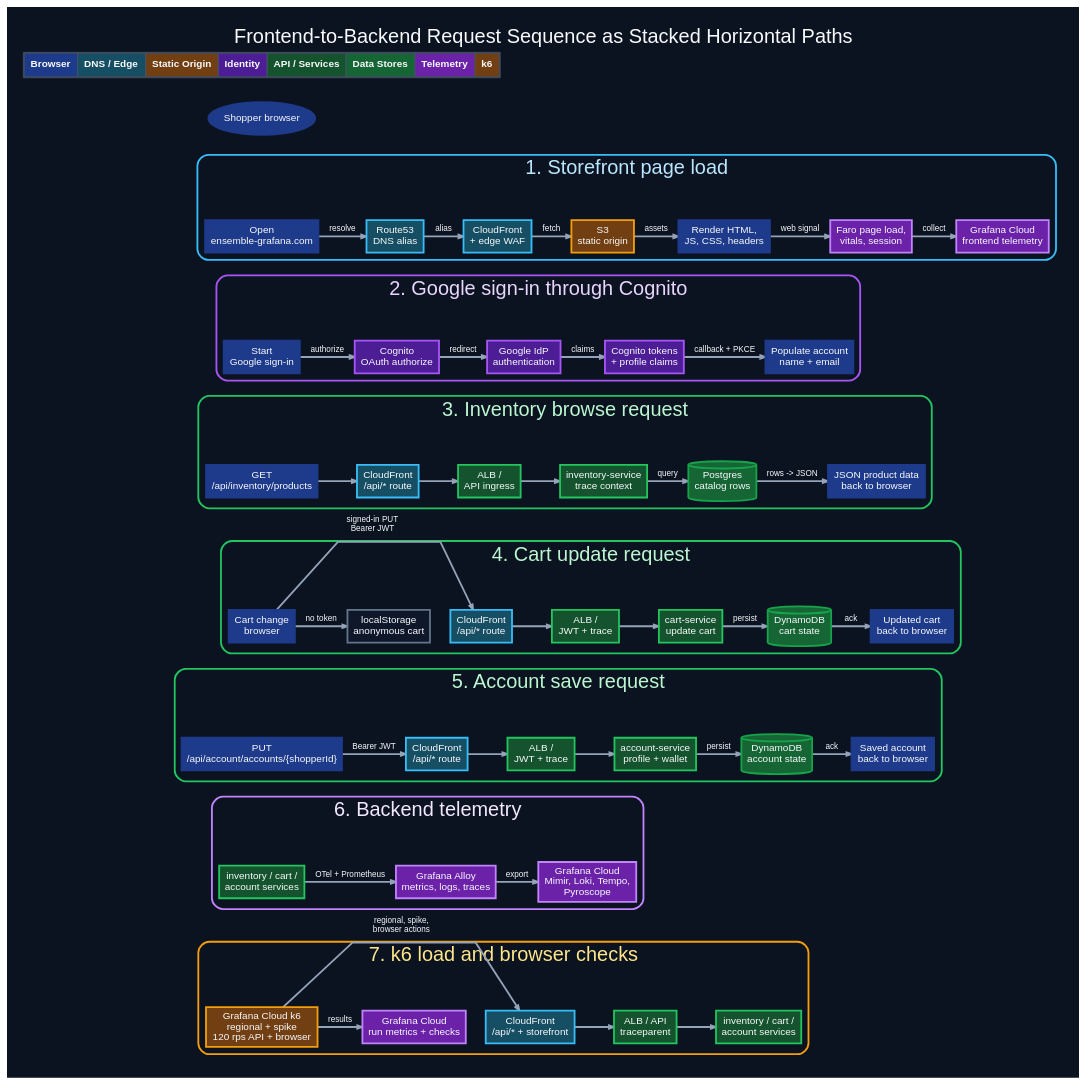
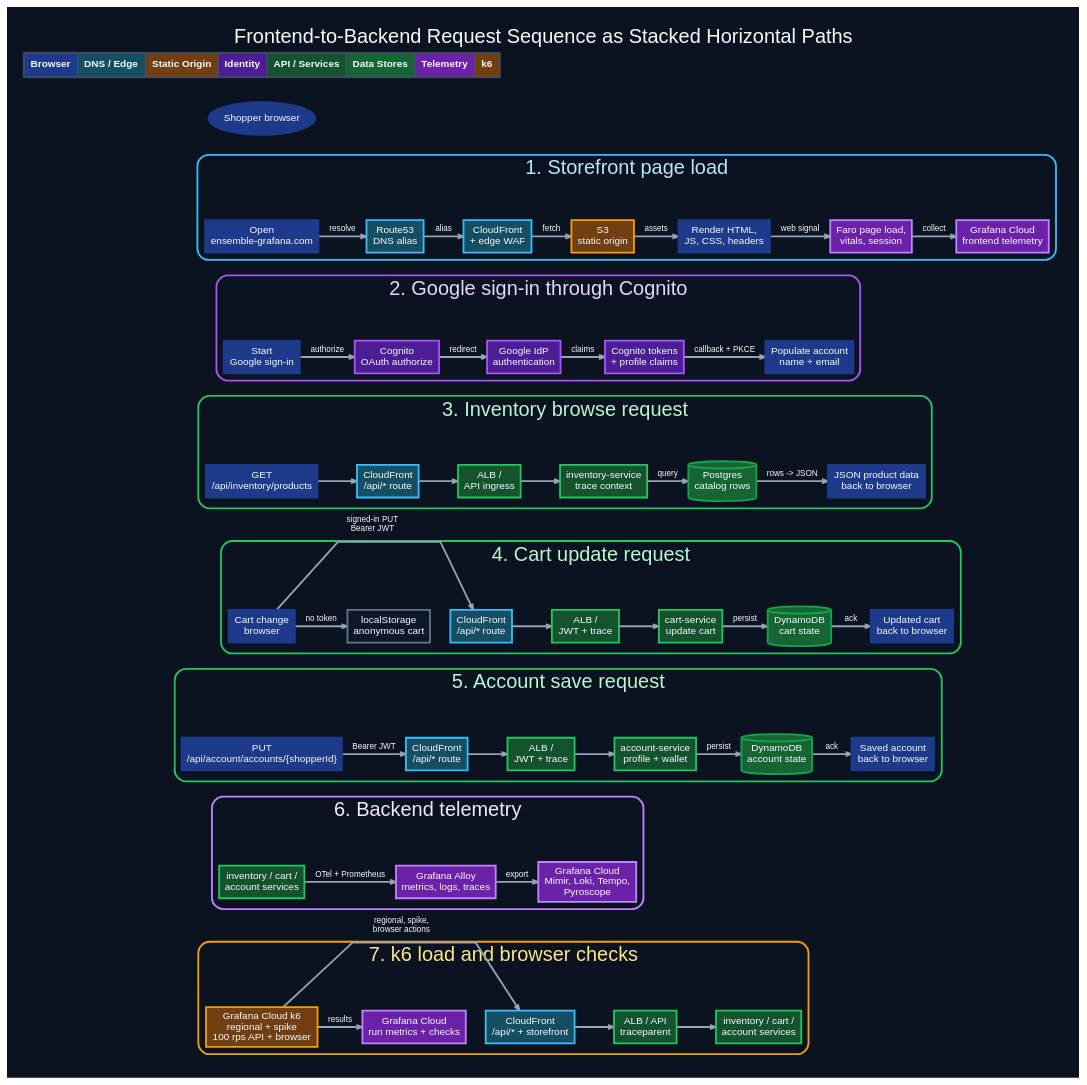
Before and after one commit to orenlion1/ensemble-retail: the diagram in docs/diagrams/sequence-diagram.dot, drawn with Graphviz. The commit also changed 44 other files, not shown here.

Commit message:
Dial traffic spike load test to 100 rps

```diff
--- a/docs/diagrams/sequence-diagram.dot
+++ b/docs/diagrams/sequence-diagram.dot
@@ -1,189 +1,189 @@
 digraph sequence_dependency_diagram {
   label="Frontend-to-Backend Request Sequence as Stacked Horizontal Paths";
   labelloc=t;
   rankdir=TB;
 
   graph [
     fontname="Helvetica,Arial,sans-serif",
     fontsize=22,
     bgcolor="#0b1220",
     fontcolor="#f8fafc",
     newrank=true,
     nodesep=0.30,
     ranksep=0.35,
     splines=polyline,
     outputorder=edgesfirst,
     pad=0.25
   ];
 
   node [
     shape=box,
     style="filled,setlinewidth(2)",
     fontname="Helvetica,Arial,sans-serif",
     fontsize=11,
     color="#64748b",
     fillcolor="#111827",
     fontcolor="#f8fafc",
     margin="0.10,0.06"
   ];
 
   edge [
     fontname="Helvetica,Arial,sans-serif",
     fontsize=9,
     color="#94a3b8",
     fontcolor="#f8fafc",
     arrowsize=0.55,
     penwidth=2
   ];
 
   key [shape=plain, label=<
     <TABLE BORDER="1" CELLBORDER="1" CELLSPACING="0" CELLPADDING="6" COLOR="#475569">
       <TR><TD BGCOLOR="#1e3a8a"><FONT COLOR="#f8fafc"><B>Browser</B></FONT></TD>
       <TD BGCOLOR="#164e63"><FONT COLOR="#f8fafc"><B>DNS / Edge</B></FONT></TD>
       <TD BGCOLOR="#713f12"><FONT COLOR="#f8fafc"><B>Static Origin</B></FONT></TD>
       <TD BGCOLOR="#4c1d95"><FONT COLOR="#f8fafc"><B>Identity</B></FONT></TD>
       <TD BGCOLOR="#14532d"><FONT COLOR="#f8fafc"><B>API / Services</B></FONT></TD>
       <TD BGCOLOR="#166534"><FONT COLOR="#f8fafc"><B>Data Stores</B></FONT></TD>
       <TD BGCOLOR="#6b21a8"><FONT COLOR="#f8fafc"><B>Telemetry</B></FONT></TD>
       <TD BGCOLOR="#713f12"><FONT COLOR="#f8fafc"><B>k6</B></FONT></TD></TR>
     </TABLE>
   >];
 
   start [label="Shopper browser", shape=ellipse, fillcolor="#1e3a8a", color="#1e3a8a"];
 
   subgraph cluster_static {
     label="1. Storefront page load";
     graph [rank=same];
     color="#38bdf8";
     fontcolor="#bae6fd";
     style="rounded,setlinewidth(2)";
     static_browser [label="Open\nensemble-grafana.com", fillcolor="#1e3a8a", color="#1e3a8a", group=c1];
     static_dns [label="Route53\nDNS alias", fillcolor="#164e63", color="#38bdf8", group=c2];
     static_cf [label="CloudFront\n+ edge WAF", fillcolor="#164e63", color="#38bdf8", group=c3];
     static_s3 [label="S3\nstatic origin", fillcolor="#713f12", color="#f59e0b", group=c4];
     static_render [label="Render HTML,\nJS, CSS, headers", fillcolor="#1e3a8a", color="#1e3a8a", group=c5];
     static_faro [label="Faro page load,\nvitals, session", fillcolor="#6b21a8", color="#c084fc", group=c6];
     static_grafana [label="Grafana Cloud\nfrontend telemetry", fillcolor="#6b21a8", color="#c084fc", group=c7];
     static_browser -> static_dns [label="resolve"];
     static_dns -> static_cf [label="alias"];
     static_cf -> static_s3 [label="fetch"];
     static_s3 -> static_render [label="assets"];
     static_render -> static_faro [label="web signal"];
     static_faro -> static_grafana [label="collect"];
   }
 
   subgraph cluster_auth {
     label="2. Google sign-in through Cognito";
     graph [rank=same];
     color="#a855f7";
     fontcolor="#e9d5ff";
     style="rounded,setlinewidth(2)";
     auth_browser [label="Start\nGoogle sign-in", fillcolor="#1e3a8a", color="#1e3a8a", group=c1];
     auth_cognito [label="Cognito\nOAuth authorize", fillcolor="#4c1d95", color="#a855f7", group=c2];
     auth_google [label="Google IdP\nauthentication", fillcolor="#4c1d95", color="#a855f7", group=c3];
     auth_claims [label="Cognito tokens\n+ profile claims", fillcolor="#4c1d95", color="#a855f7", group=c4];
     auth_account [label="Populate account\nname + email", fillcolor="#1e3a8a", color="#1e3a8a", group=c5];
     auth_browser -> auth_cognito [label="authorize"];
     auth_cognito -> auth_google [label="redirect"];
     auth_google -> auth_claims [label="claims"];
     auth_claims -> auth_account [label="callback + PKCE"];
   }
 
   subgraph cluster_inventory {
     label="3. Inventory browse request";
     graph [rank=same];
     color="#22c55e";
     fontcolor="#bbf7d0";
     style="rounded,setlinewidth(2)";
     inv_browser [label="GET\n/api/inventory/products", fillcolor="#1e3a8a", color="#1e3a8a", group=c1];
     inv_cf [label="CloudFront\n/api/* route", fillcolor="#164e63", color="#38bdf8", group=c2];
     inv_api [label="ALB /\nAPI ingress", fillcolor="#14532d", color="#22c55e", group=c3];
     inv_service [label="inventory-service\ntrace context", fillcolor="#14532d", color="#22c55e", group=c4];
     inv_db [label="Postgres\ncatalog rows", shape=cylinder, fillcolor="#166534", color="#16a34a", group=c5];
     inv_response [label="JSON product data\nback to browser", fillcolor="#1e3a8a", color="#1e3a8a", group=c6];
     inv_browser -> inv_cf;
     inv_cf -> inv_api;
     inv_api -> inv_service;
     inv_service -> inv_db [label="query"];
     inv_db -> inv_response [label="rows -> JSON"];
   }
 
   subgraph cluster_cart {
     label="4. Cart update request";
     graph [rank=same];
     color="#22c55e";
     fontcolor="#bbf7d0";
     style="rounded,setlinewidth(2)";
     cart_browser [label="Cart change\nbrowser", fillcolor="#1e3a8a", color="#1e3a8a", group=c1];
     cart_cf [label="CloudFront\n/api/* route", fillcolor="#164e63", color="#38bdf8", group=c2];
     cart_api [label="ALB /\nJWT + trace", fillcolor="#14532d", color="#22c55e", group=c3];
     cart_service [label="cart-service\nupdate cart", fillcolor="#14532d", color="#22c55e", group=c4];
     cart_db [label="DynamoDB\ncart state", shape=cylinder, fillcolor="#166534", color="#16a34a", group=c5];
     cart_response [label="Updated cart\nback to browser", fillcolor="#1e3a8a", color="#1e3a8a", group=c6];
     cart_local [label="localStorage\nanonymous cart", fillcolor="#0f172a", color="#64748b", group=c2];
     cart_browser -> cart_local [label="no token"];
     cart_browser -> cart_cf [label="signed-in PUT\nBearer JWT"];
     cart_cf -> cart_api;
     cart_api -> cart_service;
     cart_service -> cart_db [label="persist"];
     cart_db -> cart_response [label="ack"];
   }
 
   subgraph cluster_account {
     label="5. Account save request";
     graph [rank=same];
     color="#22c55e";
     fontcolor="#bbf7d0";
     style="rounded,setlinewidth(2)";
     acct_browser [label="PUT\n/api/account/accounts/{shopperId}", fillcolor="#1e3a8a", color="#1e3a8a", group=c1];
     acct_cf [label="CloudFront\n/api/* route", fillcolor="#164e63", color="#38bdf8", group=c2];
     acct_api [label="ALB /\nJWT + trace", fillcolor="#14532d", color="#22c55e", group=c3];
     acct_service [label="account-service\nprofile + wallet", fillcolor="#14532d", color="#22c55e", group=c4];
     acct_db [label="DynamoDB\naccount state", shape=cylinder, fillcolor="#166534", color="#16a34a", group=c5];
     acct_response [label="Saved account\nback to browser", fillcolor="#1e3a8a", color="#1e3a8a", group=c6];
     acct_browser -> acct_cf [label="Bearer JWT"];
     acct_cf -> acct_api;
     acct_api -> acct_service;
     acct_service -> acct_db [label="persist"];
     acct_db -> acct_response [label="ack"];
   }
 
   subgraph cluster_telemetry {
     label="6. Backend telemetry";
     graph [rank=same];
     color="#c084fc";
     fontcolor="#f3e8ff";
     style="rounded,setlinewidth(2)";
     telemetry_services [label="inventory / cart /\naccount services", fillcolor="#14532d", color="#22c55e", group=c1];
     telemetry_alloy [label="Grafana Alloy\nmetrics, logs, traces", fillcolor="#6b21a8", color="#c084fc", group=c2];
     telemetry_grafana [label="Grafana Cloud\nMimir, Loki, Tempo,\nPyroscope", fillcolor="#6b21a8", color="#c084fc", group=c3];
     telemetry_services -> telemetry_alloy [label="OTel + Prometheus"];
     telemetry_alloy -> telemetry_grafana [label="export"];
   }
 
   subgraph cluster_k6 {
     label="7. k6 load and browser checks";
     graph [rank=same];
     color="#f59e0b";
     fontcolor="#fde68a";
     style="rounded,setlinewidth(2)";
-    k6_runner [label="Grafana Cloud k6\nregional + spike\n120 rps API + browser", fillcolor="#713f12", color="#f59e0b", group=c1];
+    k6_runner [label="Grafana Cloud k6\nregional + spike\n100 rps API + browser", fillcolor="#713f12", color="#f59e0b", group=c1];
     k6_cf [label="CloudFront\n/api/* + storefront", fillcolor="#164e63", color="#38bdf8", group=c2];
     k6_api [label="ALB / API\ntraceparent", fillcolor="#14532d", color="#22c55e", group=c3];
     k6_services [label="inventory / cart /\naccount services", fillcolor="#14532d", color="#22c55e", group=c4];
     k6_grafana [label="Grafana Cloud\nrun metrics + checks", fillcolor="#6b21a8", color="#c084fc", group=c5];
     k6_runner -> k6_cf [label="regional, spike,\nbrowser actions"];
     k6_cf -> k6_api;
     k6_api -> k6_services;
     k6_runner -> k6_grafana [label="results"];
   }
 
   key -> start [style=invis, weight=20];
   start -> static_browser [style=invis, weight=20];
   static_browser -> auth_browser [style=invis, weight=20];
   auth_browser -> inv_browser [style=invis, weight=20];
   inv_browser -> cart_browser [style=invis, weight=20];
   cart_browser -> acct_browser [style=invis, weight=20];
   acct_browser -> telemetry_services [style=invis, weight=20];
   telemetry_services -> k6_runner [style=invis, weight=20];
 }
```
